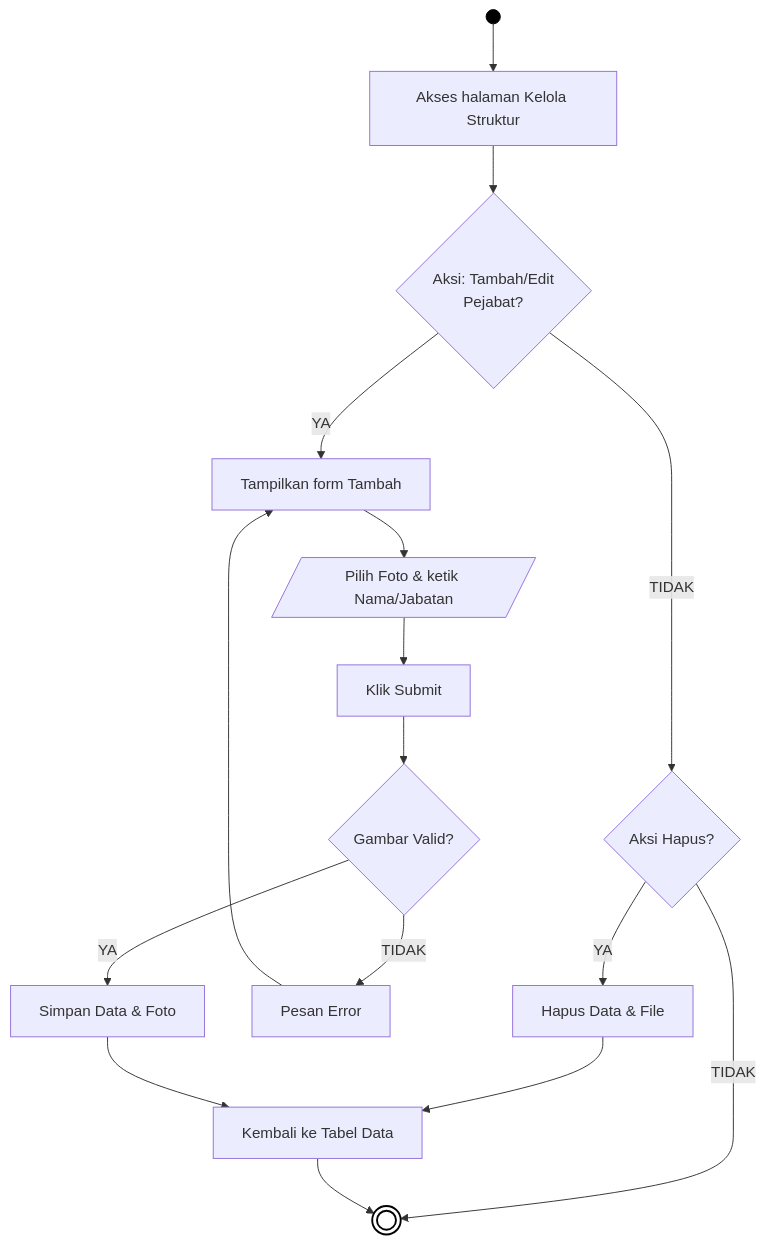
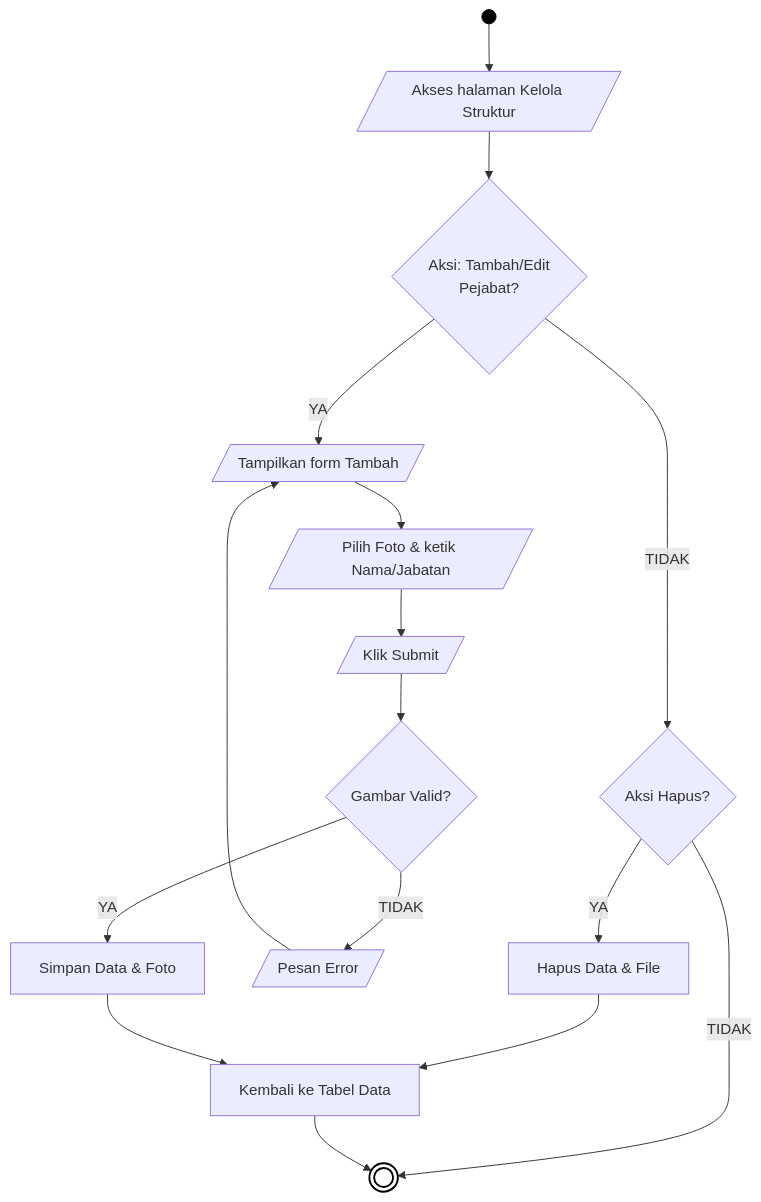
One commit to arbain-dev/Web_fikom changed the third of 21 diagrams in docs/01_DIAGRAM_AKTIVITAS.md. Above: the diagram before and after it, drawn with Mermaid. The commit also changed other lines of this file, not shown here.

````diff
--- a/docs/01_DIAGRAM_AKTIVITAS.md
+++ b/docs/01_DIAGRAM_AKTIVITAS.md
@@ -82,26 +82,26 @@
 ```mermaid
 flowchart TD
-    Start(( )) --> A[Akses halaman Kelola Struktur]
+    Start(( )) --> A[/Akses halaman Kelola Struktur/]
     
     A --> B{Aksi: Tambah/Edit\nPejabat?}
     
     B -- TIDAK --> Hapus{Aksi Hapus?}
     Hapus -- YA --> HC[Hapus Data & File]
     Hapus -- TIDAK --> End((( )))
     HC --> I[Kembali ke Tabel Data]
     
-    B -- YA --> C[Tampilkan form Tambah]
+    B -- YA --> C[/Tampilkan form Tambah/]
     C --> D[/Pilih Foto & ketik Nama/Jabatan/]
-    D --> E[Klik Submit]
+    D --> E[/Klik Submit/]
     E --> F{Gambar Valid?}
     
-    F -- TIDAK --> G[Pesan Error]
+    F -- TIDAK --> G[/Pesan Error/]
     G --> C
     
     F -- YA --> H[Simpan Data & Foto]
     H --> I
     I --> End
     
     style Start fill:#000,stroke:#000,color:#000
     style End fill:#fff,stroke:#000,stroke-width:2px
 ```
````
